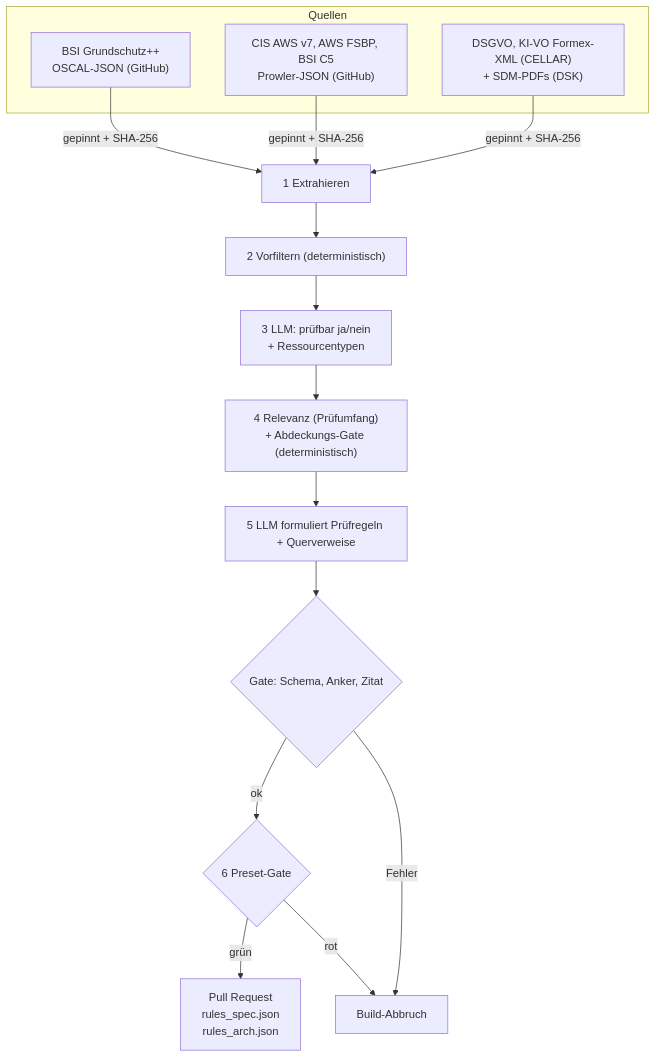
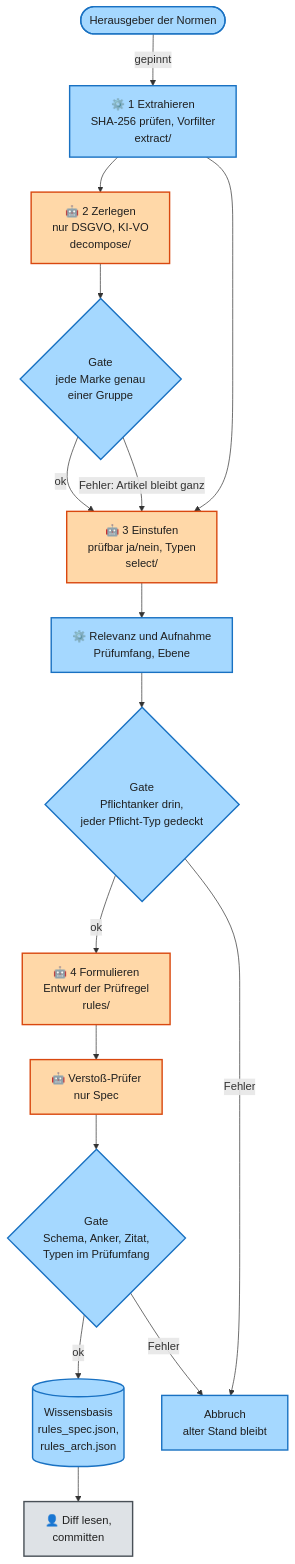
The fifth of 10 diagrams in docs/ARCHITECTURE.md (Daniel74/GovGuard), drawn with Mermaid before and after one commit. The commit also changed other lines of this file and 35 other files, not shown here.

First line of the commit message:
#63 #64 DESIGN und ARCHITECTURE nach Methodik: Konventionen, D1–D15, arc42, Drift-Tests

````diff
--- a/docs/ARCHITECTURE.md
+++ b/docs/ARCHITECTURE.md
@@ -21,18 +306,27 @@
 ```mermaid
 flowchart TD
-  subgraph Q[Quellen]
-    BSI["BSI Grundschutz++<br/>OSCAL-JSON (GitHub)"]
-    CIS["CIS AWS v7, AWS FSBP, BSI C5<br/>Prowler-JSON (GitHub)"]
-    DS["DSGVO, KI-VO Formex-XML (CELLAR)<br/>+ SDM-PDFs (DSK)"]
-  end
-  BSI & CIS & DS -->|"gepinnt + SHA-256"| E["1 Extrahieren"]
-  E --> F["2 Vorfiltern (deterministisch)"]
-  F --> K["3 LLM: prüfbar ja/nein<br/>+ Ressourcentypen"]
-  K --> R["4 Relevanz (Prüfumfang)<br/>+ Abdeckungs-Gate (deterministisch)"]
-  R --> P["5 LLM formuliert Prüfregeln + Querverweise"]
-  P --> G1{"Gate: Schema, Anker, Zitat"}
-  G1 -->|ok| PR{"6 Preset-Gate"}
-  PR -->|grün| KB["Pull Request<br/>rules_spec.json<br/>rules_arch.json"]
-  G1 -->|Fehler| X["Build-Abbruch"]
-  PR -->|rot| X
+  Q(["Herausgeber der Normen"]):::code
+  E["⚙️ 1 Extrahieren<br/>SHA-256 prüfen, Vorfilter<br/>extract/"]:::code
+  D["🤖 2 Zerlegen<br/>nur DSGVO, KI-VO<br/>decompose/"]:::llm
+  G1{"Gate<br/>jede Marke genau<br/>einer Gruppe"}:::code
+  S["🤖 3 Einstufen<br/>prüfbar ja/nein, Typen<br/>select/"]:::llm
+  R["⚙️ Relevanz und Aufnahme<br/>Prüfumfang, Ebene"]:::code
+  G2{"Gate<br/>Pflichtanker drin,<br/>jeder Pflicht-Typ gedeckt"}:::code
+  F["🤖 4 Formulieren<br/>Entwurf der Prüfregel<br/>rules/"]:::llm
+  J["🤖 Verstoß-Prüfer<br/>nur Spec"]:::llm
+  G3{"Gate<br/>Schema, Anker, Zitat,<br/>Typen im Prüfumfang"}:::code
+  K[("Wissensbasis<br/>rules_spec.json,<br/>rules_arch.json")]:::code
+  H["👤 Diff lesen,<br/>committen"]:::human
+  X["Abbruch<br/>alter Stand bleibt"]:::code
+  Q -->|"gepinnt"| E --> D --> G1
+  E --> S
+  G1 -->|ok| S --> R --> G2
+  G2 -->|ok| F --> J --> G3
+  G3 -->|ok| K --> H
+  G1 -->|"Fehler: Artikel bleibt ganz"| S
+  G2 -->|Fehler| X
+  G3 -->|Fehler| X
+  classDef llm fill:#ffd8a8,stroke:#d9480f,color:#1f1f1f,stroke-width:2px
+  classDef code fill:#a5d8ff,stroke:#1971c2,color:#1f1f1f,stroke-width:2px
+  classDef human fill:#dee2e6,stroke:#495057,color:#1f1f1f,stroke-width:2px
 ```
````
